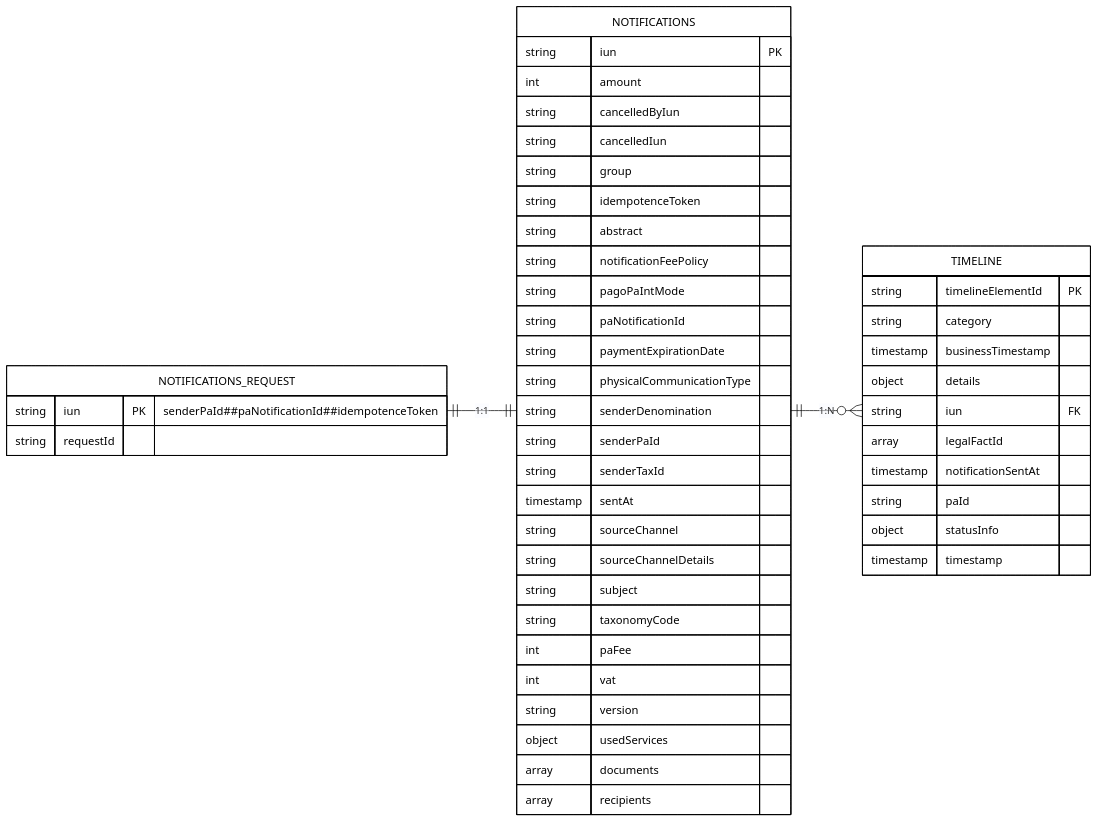
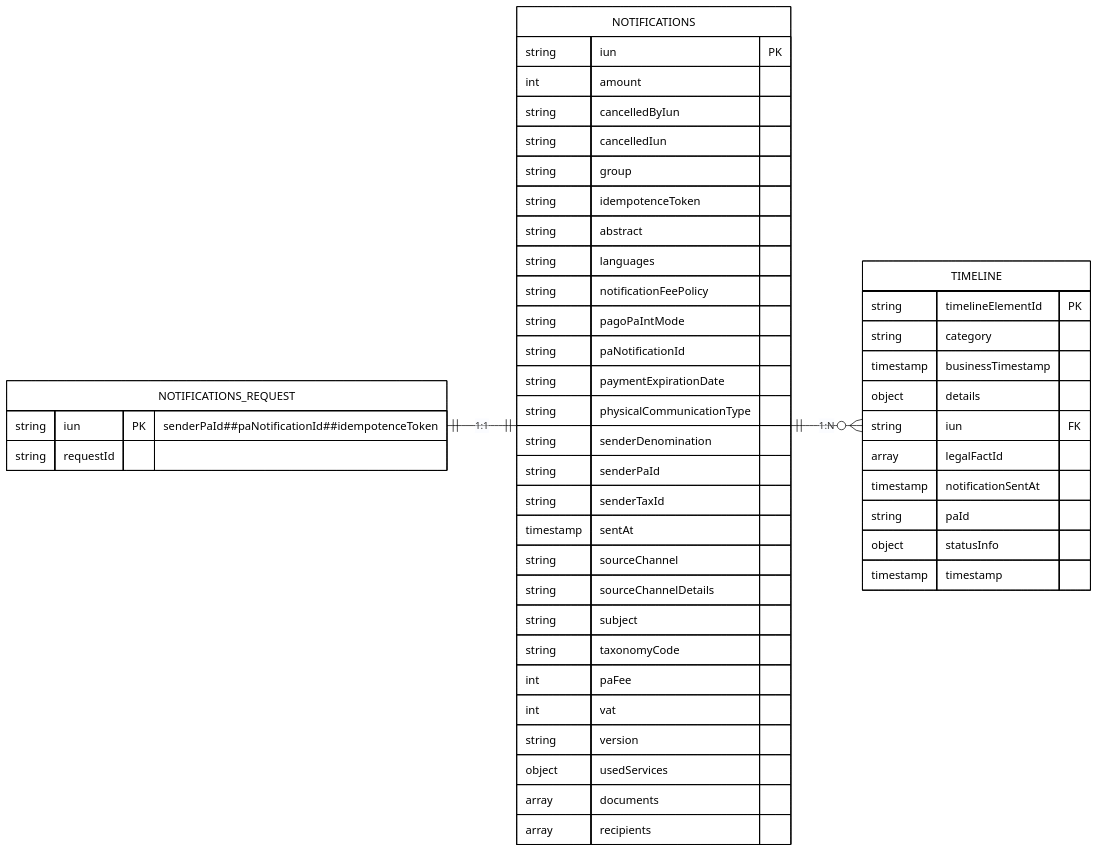
Before and after one commit to pagopa/pn-metrics: the diagram in send_diagrams/notifications_timeline_er.mmd, drawn with Mermaid. The commit also changed 4 other files, not shown here.

Commit message:
docs: update notifications timeline ER diagram with new attributes and export conventions

```diff
--- a/send_diagrams/notifications_timeline_er.mmd
+++ b/send_diagrams/notifications_timeline_er.mmd
@@ -1,66 +1,67 @@
 %%{init: {
   "theme": "base",
   "themeVariables": {
     "labelBackgroundColor": "#FFFFFF",
     "labelTextColor": "#000000",
     "entityBkgColor": "#FFFFFF",
     "attributeBkgColor": "#FFFFFF",
     "background": "#FFFFFF"
   }
 }}%%
 erDiagram
     direction LR
 
     NOTIFICATIONS {
         string iun PK
         int amount
         string cancelledByIun
         string cancelledIun
         string group
         string idempotenceToken
         string abstract
+        string languages
         string notificationFeePolicy
         string pagoPaIntMode
         string paNotificationId
         string paymentExpirationDate
         string physicalCommunicationType
         string senderDenomination
         string senderPaId
         string senderTaxId
         timestamp sentAt
         string sourceChannel
         string sourceChannelDetails
         string subject
         string taxonomyCode
         int paFee
         int vat
         string version
         object usedServices
         array documents
         array recipients
     }
 
     NOTIFICATIONS_REQUEST {
         string iun PK "senderPaId##paNotificationId##idempotenceToken"
         string requestId
     }
 
     TIMELINE {
         string timelineElementId PK
         string category
         timestamp businessTimestamp
         object details
         string iun FK
         array legalFactId
         timestamp notificationSentAt
         string paId
         object statusInfo
         timestamp timestamp
     }
 
     NOTIFICATIONS ||--o{ TIMELINE : "1:N"
     NOTIFICATIONS_REQUEST ||--|| NOTIFICATIONS : "1:1"
 
     style NOTIFICATIONS fill:#FFFFFF,stroke:#000000,color:#000000
     style NOTIFICATIONS_REQUEST fill:#FFFFFF,stroke:#000000,color:#000000
     style TIMELINE fill:#FFFFFF,stroke:#000000,color:#000000
```
